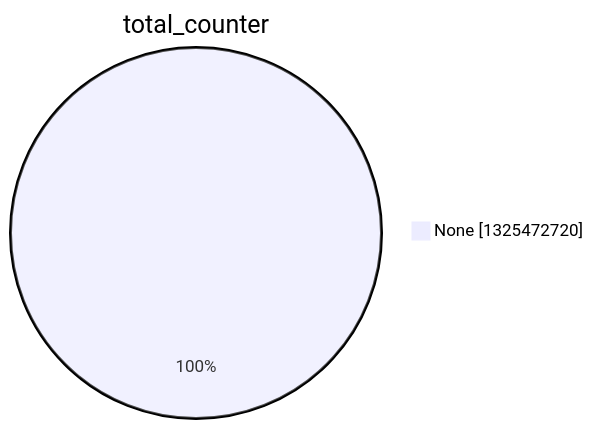
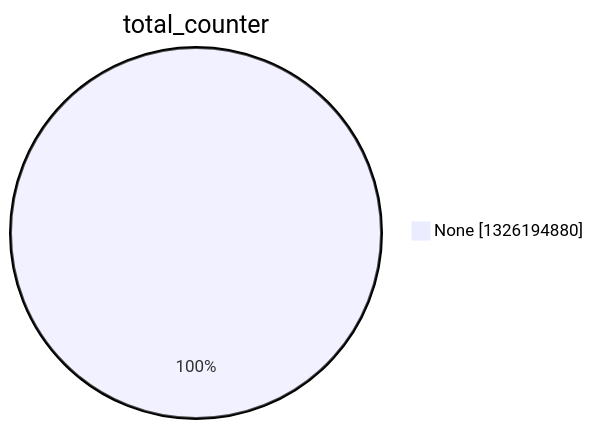
Before and after one commit to christiankrug/ctmonitor_visualization: the second of 15 diagrams in argon2022/README.md, drawn with Mermaid. The commit also changed other lines of this file, not shown here.

````diff
--- a/argon2022/README.md
+++ b/argon2022/README.md
@@ -9,5 +9,5 @@
 ```mermaid
 pie showData
 title total_counter
-"None" :1325472720
+"None" :1326194880
 ```
````
